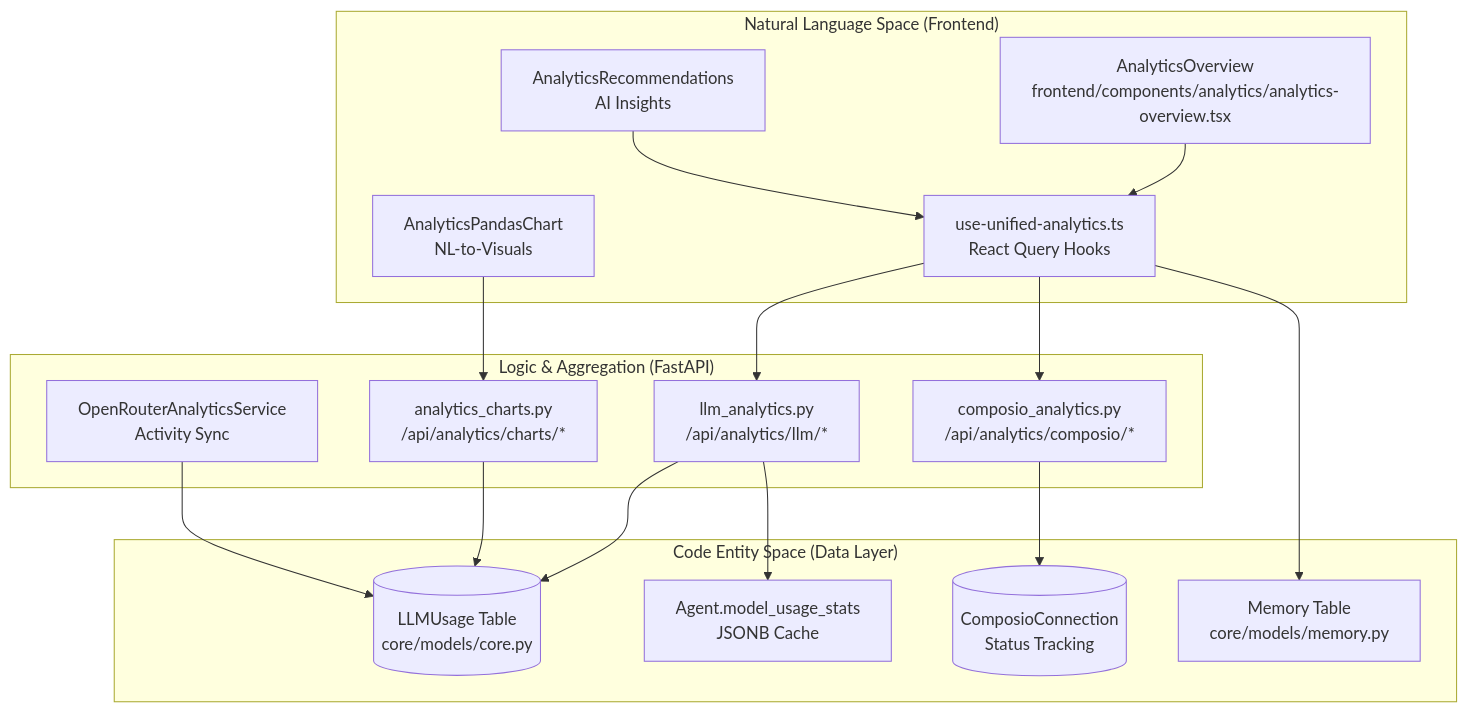
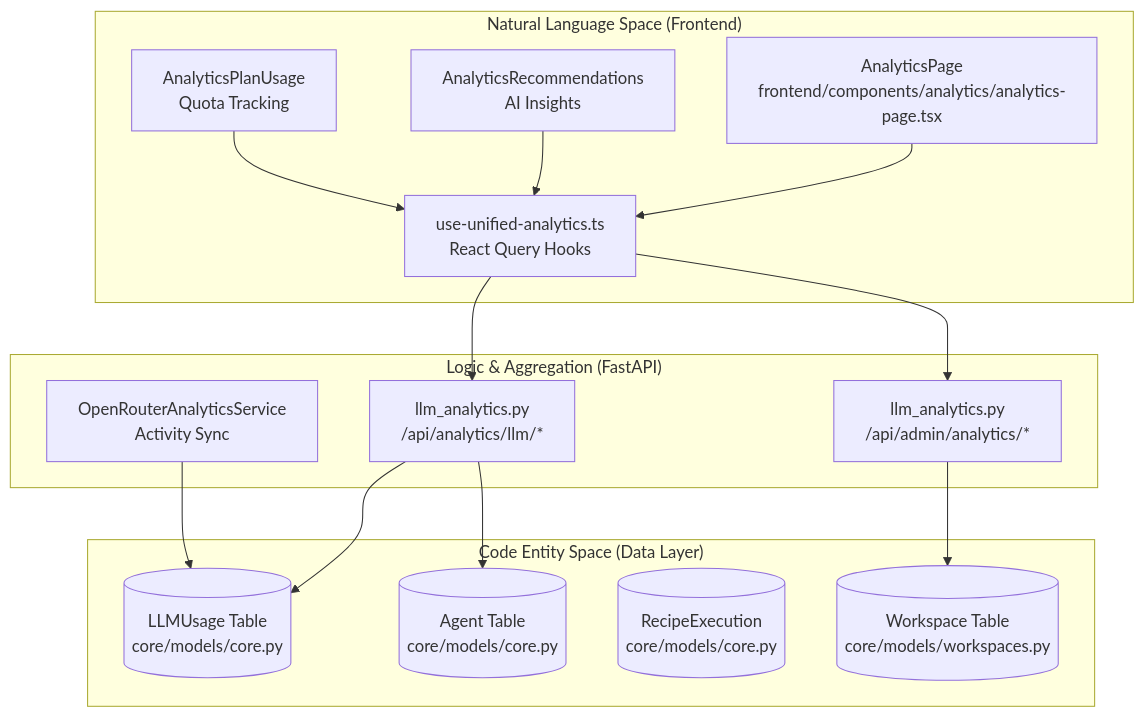
The first of 2 diagrams in docs/analytics-monitoring/_index.md (AutomatosAI/automatos-ai), drawn with Mermaid before and after one commit. The commit also changed other lines of this file and 153 other files, not shown here.

````diff
--- a/docs/analytics-monitoring/_index.md
+++ b/docs/analytics-monitoring/_index.md
@@ -63,35 +63,32 @@
 ```mermaid
 graph TB
     subgraph "Natural Language Space (Frontend)"
-        UI["AnalyticsOverview<br/>frontend/components/analytics/analytics-overview.tsx"]
+        UI["AnalyticsPage<br/>frontend/components/analytics/analytics-page.tsx"]
         Hooks["use-unified-analytics.ts<br/>React Query Hooks"]
-        PandasChart["AnalyticsPandasChart<br/>NL-to-Visuals"]
         Recs["AnalyticsRecommendations<br/>AI Insights"]
+        PlanUI["AnalyticsPlanUsage<br/>Quota Tracking"]
     end
 
     subgraph "Logic & Aggregation (FastAPI)"
         LLMRouter["llm_analytics.py<br/>/api/analytics/llm/*"]
-        CompRouter["composio_analytics.py<br/>/api/analytics/composio/*"]
-        ChartRouter["analytics_charts.py<br/>/api/analytics/charts/*"]
+        AdminRouter["llm_analytics.py<br/>/api/admin/analytics/*"]
         ORService["OpenRouterAnalyticsService<br/>Activity Sync"]
     end
 
     subgraph "Code Entity Space (Data Layer)"
         UsageTable[("LLMUsage Table<br/>core/models/core.py")]
-        AgentStats["Agent.model_usage_stats<br/>JSONB Cache"]
-        CompConn[("ComposioConnection<br/>Status Tracking")]
-        MemStats["Memory Table<br/>core/models/memory.py"]
+        AgentTable[("Agent Table<br/>core/models/core.py")]
+        RecipeExec[("RecipeExecution<br/>core/models/core.py")]
+        Workspaces[("Workspace Table<br/>core/models/workspaces.py")]
     end
 
     UI --> Hooks
     Hooks --> LLMRouter
-    Hooks --> CompRouter
+    Hooks --> AdminRouter
     LLMRouter --> UsageTable
-    LLMRouter --> AgentStats
-    CompRouter --> CompConn
-    ChartRouter --> UsageTable
+    LLMRouter --> AgentTable
+    AdminRouter --> Workspaces
     ORService --> UsageTable
-    PandasChart --> ChartRouter
     Recs --> Hooks
-    Hooks --> MemStats
+    PlanUI --> Hooks
 ```
````
